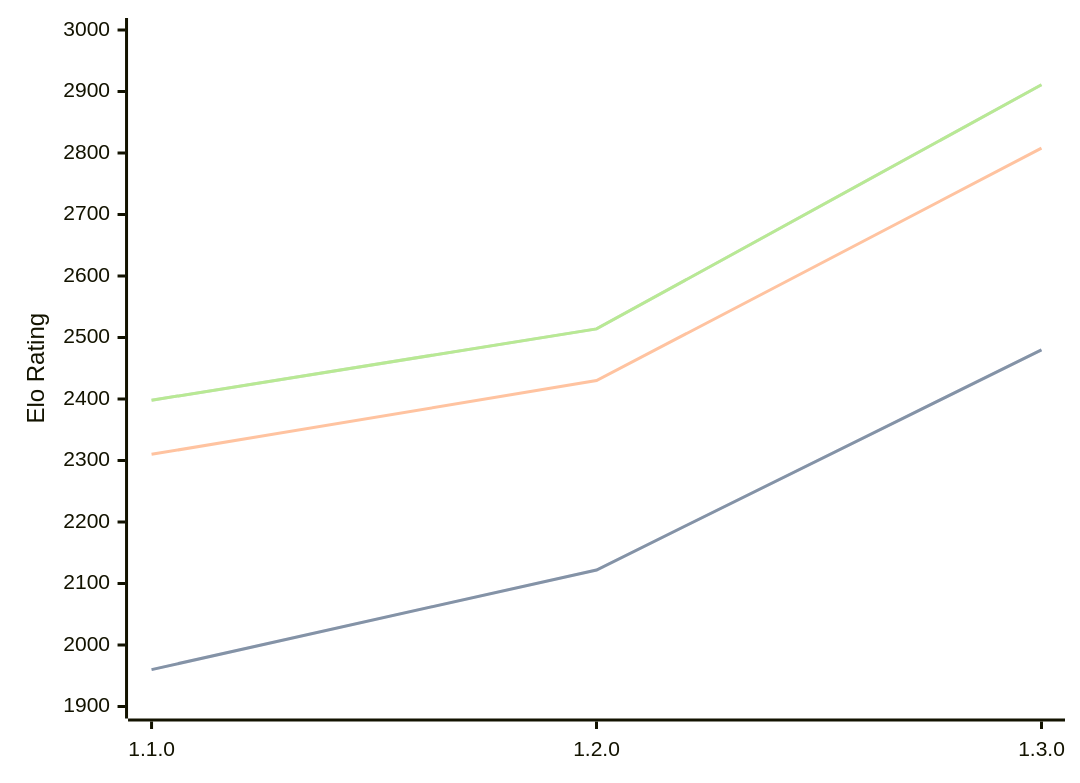
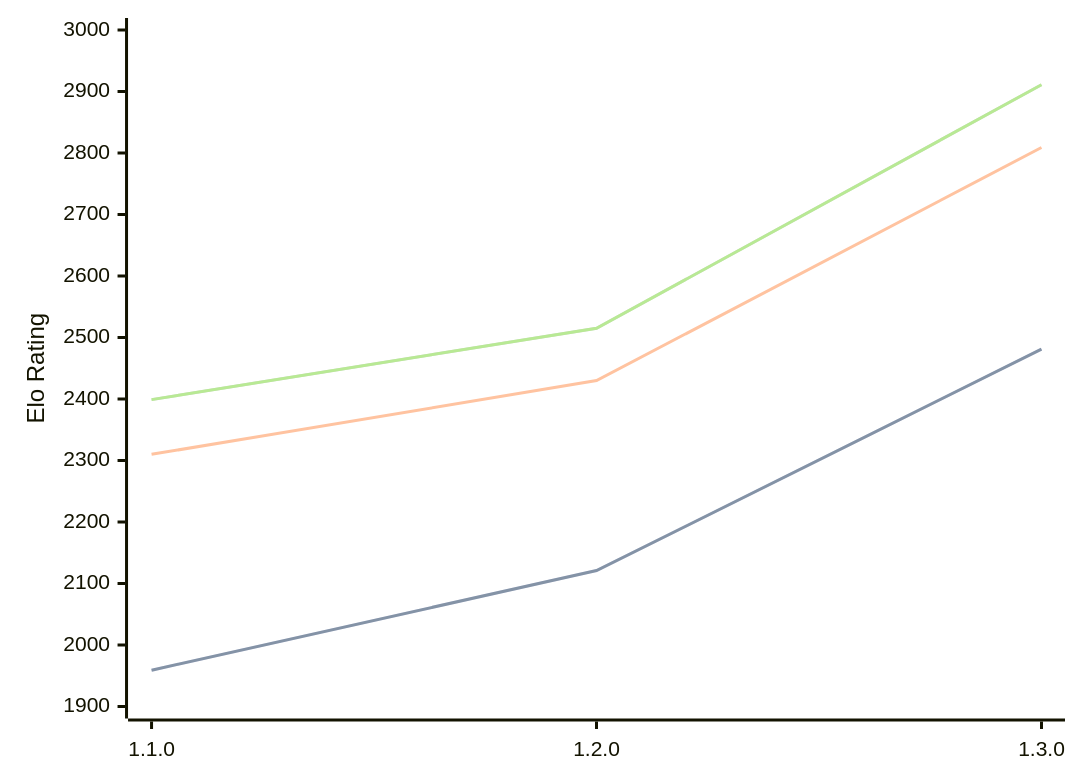
One commit to computer-chess-index/cci changed the diagram in engines/Gyatso.md. Above: the diagram before and after it, drawn with Mermaid. The commit also changed other lines of this file, not shown here.

Commit message:
Update CCI Ratings (ELO VLTC) - 2026-05-22

````diff
--- a/engines/Gyatso.md
+++ b/engines/Gyatso.md
@@ -34,11 +34,11 @@
 ```mermaid
 %%{init: {"theme":"base","themeVariables":{"seriesColors:['#a3a3a3','#222221','#faa371']}}}%%
 xychart-beta
   x-axis ["1.1.0", "1.2.0", "1.3.0"]
   y-axis "Elo Rating" 1900 --> 3000
-  line "STC (8.0+0.08s)" [1960, 2122, 2480]
-  line "STC (8.0+0.08s)" [1960, 2122, 2480]
-  line "LTC (60.0+0.60s)" [2310, 2430, 2808]
-  line "VLTC (2m24s+1.12s)" [2398, 2514, 2911]
-  line "VLTC (2m24s+1.12s)" [2398, 2514, 2911]
+  line "STC (8.0+0.08s)" [1959, 2121, 2481]
+  line "STC (8.0+0.08s)" [1959, 2121, 2481]
+  line "LTC (60.0+0.60s)" [2310, 2430, 2809]
+  line "VLTC (2m24s+1.12s)" [2399, 2515, 2911]
+  line "VLTC (2m24s+1.12s)" [2399, 2515, 2911]
 ```
````
